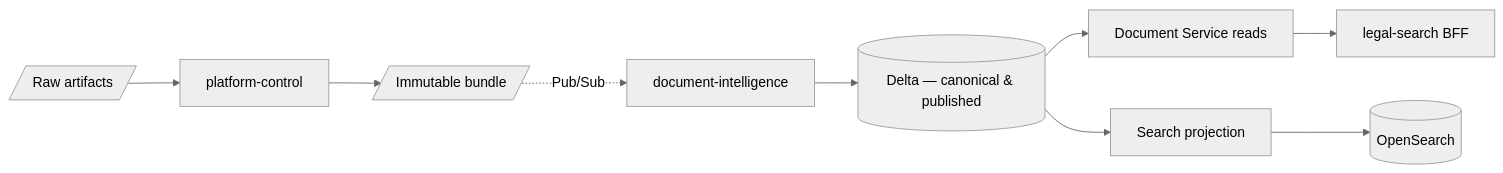
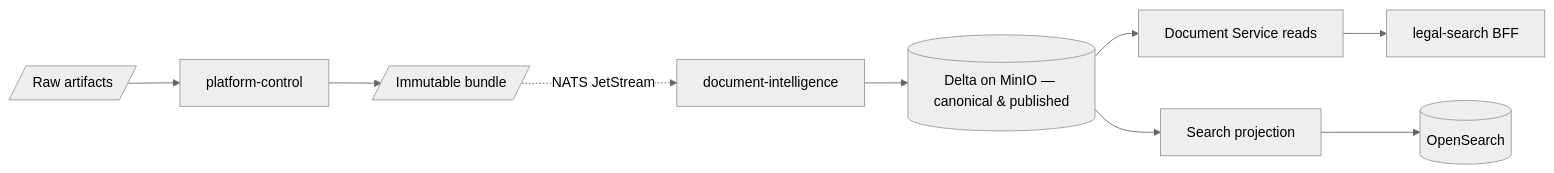
The diagram in docs/architecture/data-lifecycle.md (philipplukas/evidara), drawn with Mermaid before and after one commit. The commit also changed other lines of this file and 12 other files, not shown here.

````diff
--- a/docs/architecture/data-lifecycle.md
+++ b/docs/architecture/data-lifecycle.md
@@ -7,12 +7,12 @@
 ```mermaid
 %%{init: {'theme': 'neutral'}}%%
 flowchart LR
   A[/Raw artifacts/] --> B[platform-control]
   B --> C[/Immutable bundle/]
-  C -.->|Pub/Sub| D[document-intelligence]
-  D --> E[(Delta — canonical & published)]
+  C -.->|NATS JetStream| D[document-intelligence]
+  D --> E[(Delta on MinIO — canonical & published)]
   E --> F[Document Service reads]
   E --> G[Search projection]
   G --> H[(OpenSearch)]
   F --> I[legal-search BFF]
 ```
````
